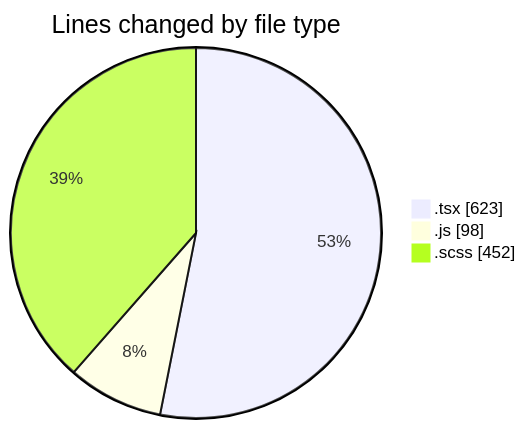
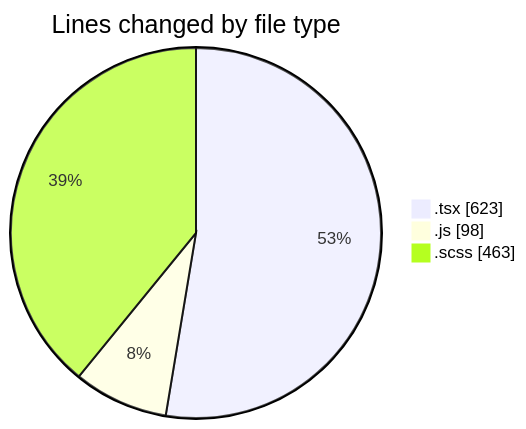
Before and after one commit to momahboobian/code-tracking: the first of 2 diagrams in 2025-03-31/cda/README.md, drawn with Mermaid. The commit also changed other lines of this file and 1 other file, not shown here.

````diff
--- a/2025-03-31/cda/README.md
+++ b/2025-03-31/cda/README.md
@@ -27,7 +27,7 @@
 ```mermaid
 pie showData
 title Lines changed by file type
 ".tsx" : 623
 ".js" : 98
-".scss" : 452
+".scss" : 463
 ```
````
